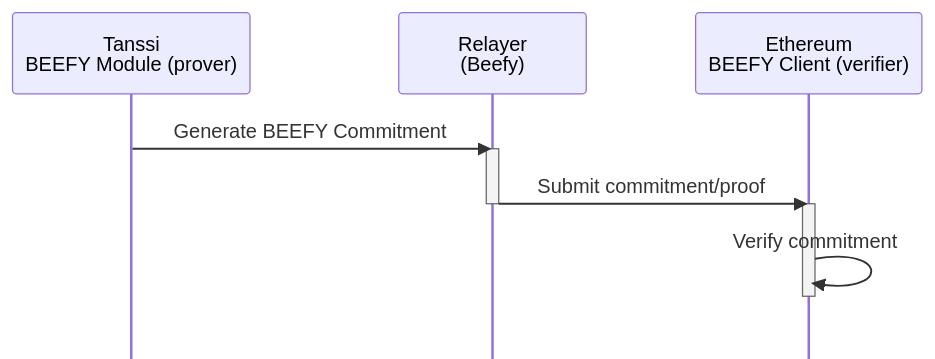
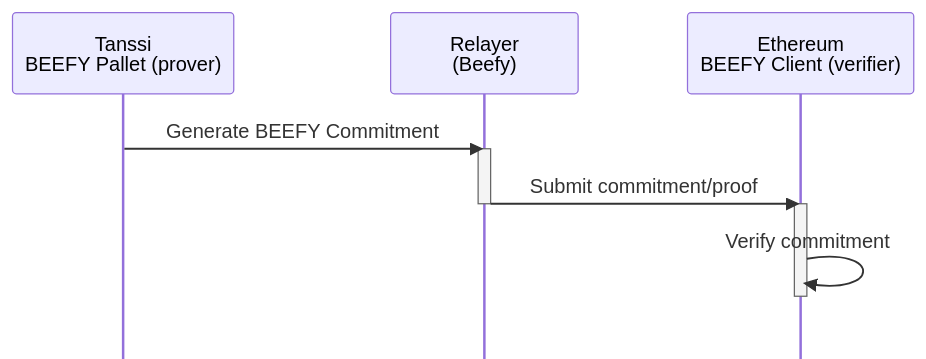
The first of 7 diagrams in learn/tanssi/tanssi-ethereum-bridge.md (moondance-labs/tanssi-docs), drawn with Mermaid before and after one commit. The commit also changed other lines of this file and 4 other files, not shown here.

````diff
--- a/learn/tanssi/tanssi-ethereum-bridge.md
+++ b/learn/tanssi/tanssi-ethereum-bridge.md
@@ -42,17 +38,17 @@
 ```mermaid
 sequenceDiagram
     %%{init: {'sequence': {'mirrorActors': false}}}%%
-    participant Tanssi_Module as Tanssi <br/> BEEFY Module (prover)
+    participant Tanssi_Pallet as Tanssi <br/> BEEFY Pallet (prover)
     participant Beefy_Relayer as Relayer <br/> (Beefy)
     participant Eth_BeefyClient as Ethereum <br/> BEEFY Client (verifier)
 
-    Tanssi_Module->>Beefy_Relayer: Generate BEEFY Commitment
+    Tanssi_Pallet->>Beefy_Relayer: Generate BEEFY Commitment
     activate Beefy_Relayer
     Beefy_Relayer->>Eth_BeefyClient: Submit commitment/proof
     deactivate Beefy_Relayer
 
     activate Eth_BeefyClient
     Eth_BeefyClient->>Eth_BeefyClient: Verify commitment
     deactivate Eth_BeefyClient
 
 ```
````
